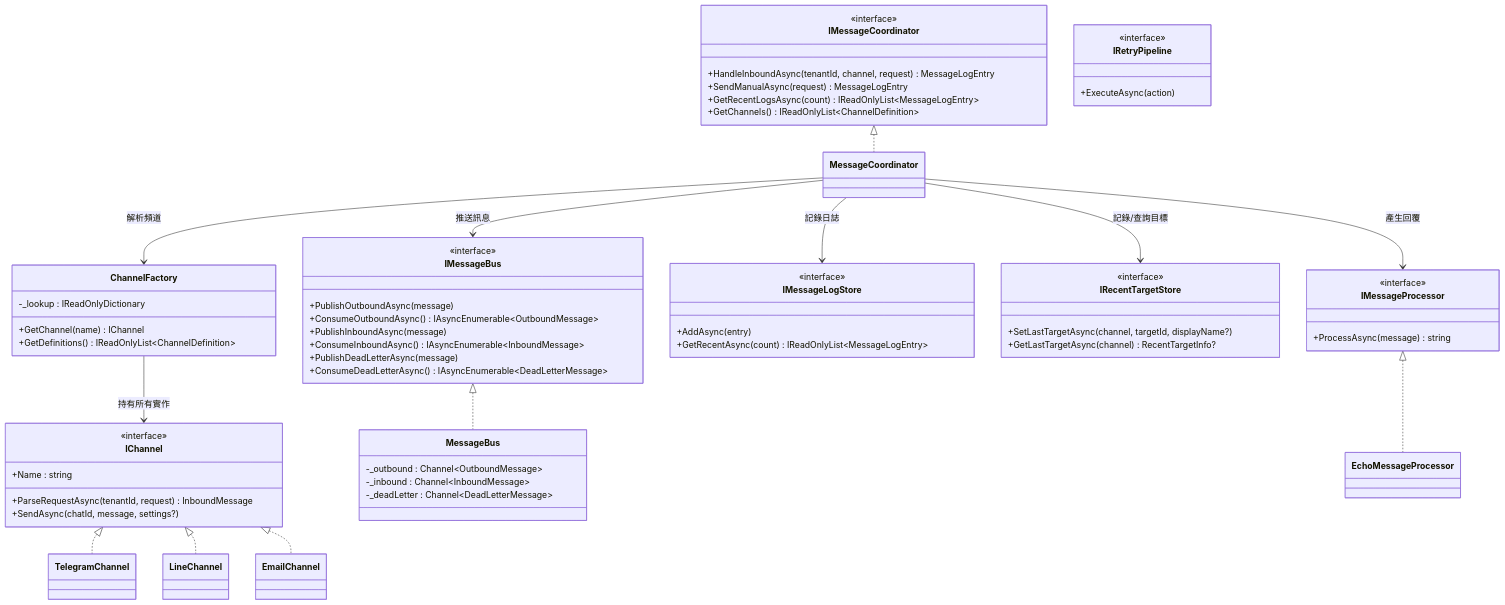
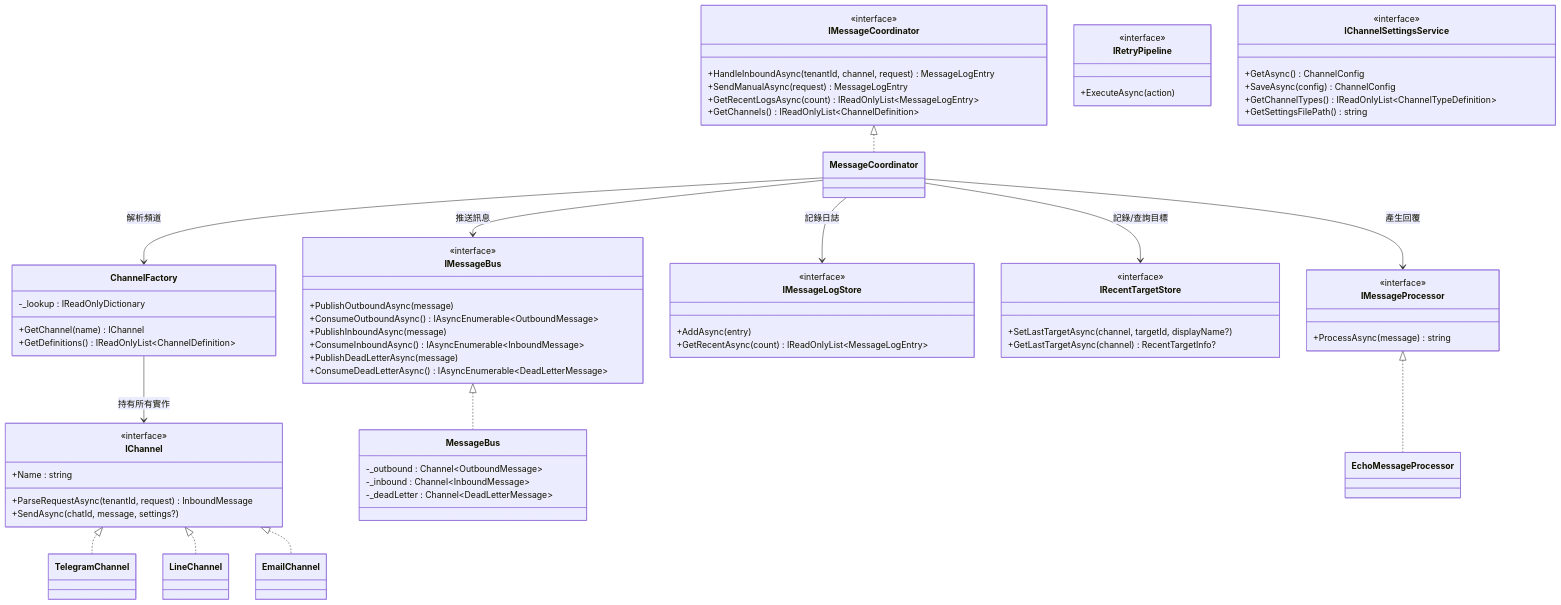
Before and after one commit to bruceagentadmin/MessageHub: the first of 3 diagrams in src/MessageHub.Core/README.md, drawn with Mermaid. The commit also changed other lines of this file and 14 other files, not shown here.

```diff
--- a/src/MessageHub.Core/README.md
+++ b/src/MessageHub.Core/README.md
@@ -128,6 +128,13 @@
     class IRetryPipeline {
         <<interface>>
         +ExecuteAsync(action)
+    }
+    class IChannelSettingsService {
+        <<interface>>
+        +GetAsync() ChannelConfig
+        +SaveAsync(config) ChannelConfig
+        +GetChannelTypes() IReadOnlyList~ChannelTypeDefinition~
+        +GetSettingsFilePath() string
     }
     class IMessageLogStore {
         <<interface>>
```
